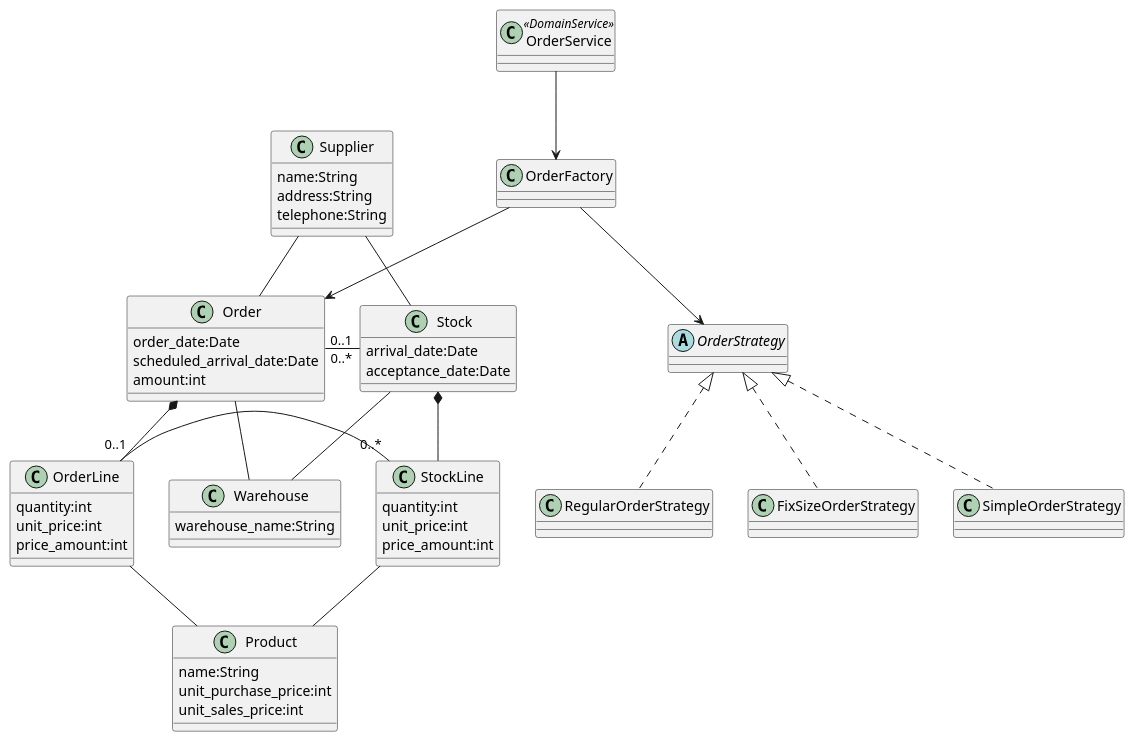
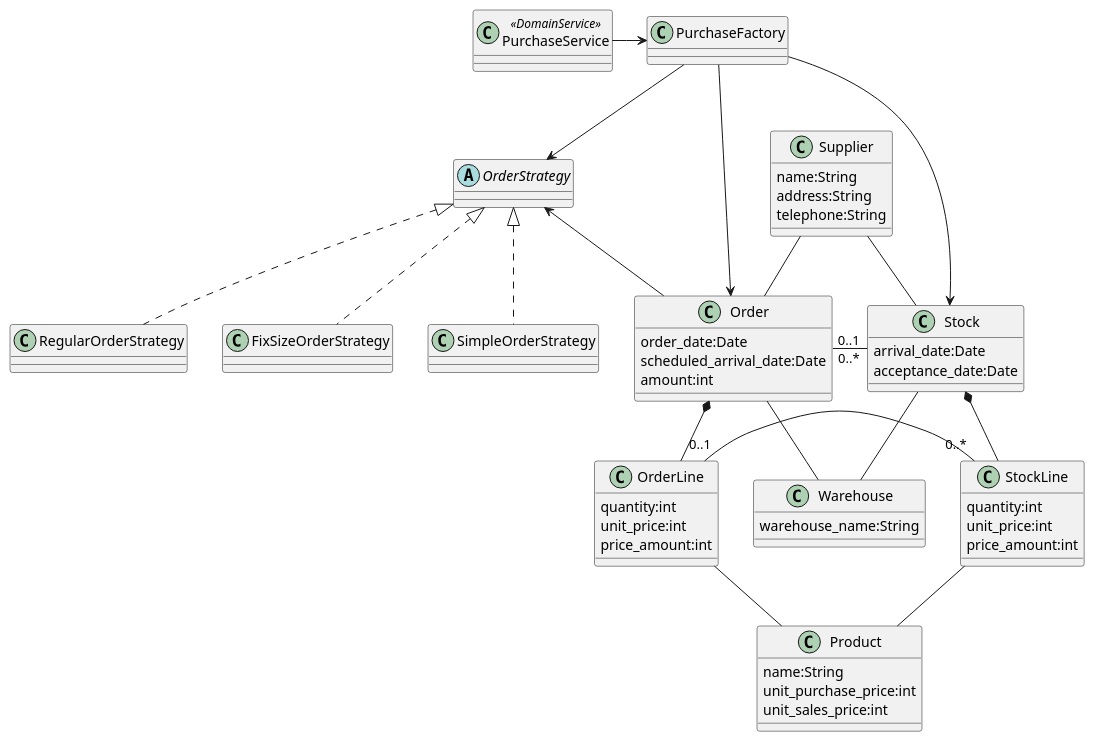
The fourth of 5 diagrams in docs/dev/sales_modeling/purchase.md (k2works/etude_for_rails), drawn with PlantUML before and after one commit. The commit also changed 10 other files, not shown here.

````diff
--- a/docs/dev/sales_modeling/purchase.md
+++ b/docs/dev/sales_modeling/purchase.md
@@ -137,63 +137,65 @@
 ```puml
 class Supplier {
   name:String
   address:String
   telephone:String
 }
 class Order {
   order_date:Date
   scheduled_arrival_date:Date
   amount:int
 }
 class OrderLine {
   quantity:int
   unit_price:int
   price_amount:int  
 }
 class Stock {
   arrival_date:Date
   acceptance_date:Date
 }
 class StockLine {
   quantity:int
   unit_price:int
   price_amount:int
 }
 class Warehouse {
   warehouse_name:String
 }
 class Product {
   name:String
   unit_purchase_price:int
   unit_sales_price:int
 }
-class OrderService << DomainService >>{
+class PurchaseService << DomainService >>{
 }
 abstract class OrderStrategy {
 }
 class RegularOrderStrategy {
 }
 class FixSizeOrderStrategy {  
 }
 class SimpleOrderStrategy {
 }
-class OrderFactory {
+class PurchaseFactory {
 }
 
-OrderService --> OrderFactory
-OrderFactory --> OrderStrategy
-OrderFactory --> Order
+PurchaseService -> PurchaseFactory
+PurchaseFactory --> OrderStrategy
+PurchaseFactory --> Order
+PurchaseFactory --> Stock
 OrderStrategy <|.. RegularOrderStrategy
 OrderStrategy <|.. FixSizeOrderStrategy
 OrderStrategy <|.. SimpleOrderStrategy
+OrderStrategy <-- Order
 Supplier -- Order
 Order *-- OrderLine
 OrderLine -- Product
 Order -- Warehouse
 Supplier - Stock
 Order "0..1"-"0..*" Stock
 Stock -- Warehouse
 Stock *- StockLine
 OrderLine "0..1"-"0..*" StockLine
 StockLine -- Product
 ```
````
